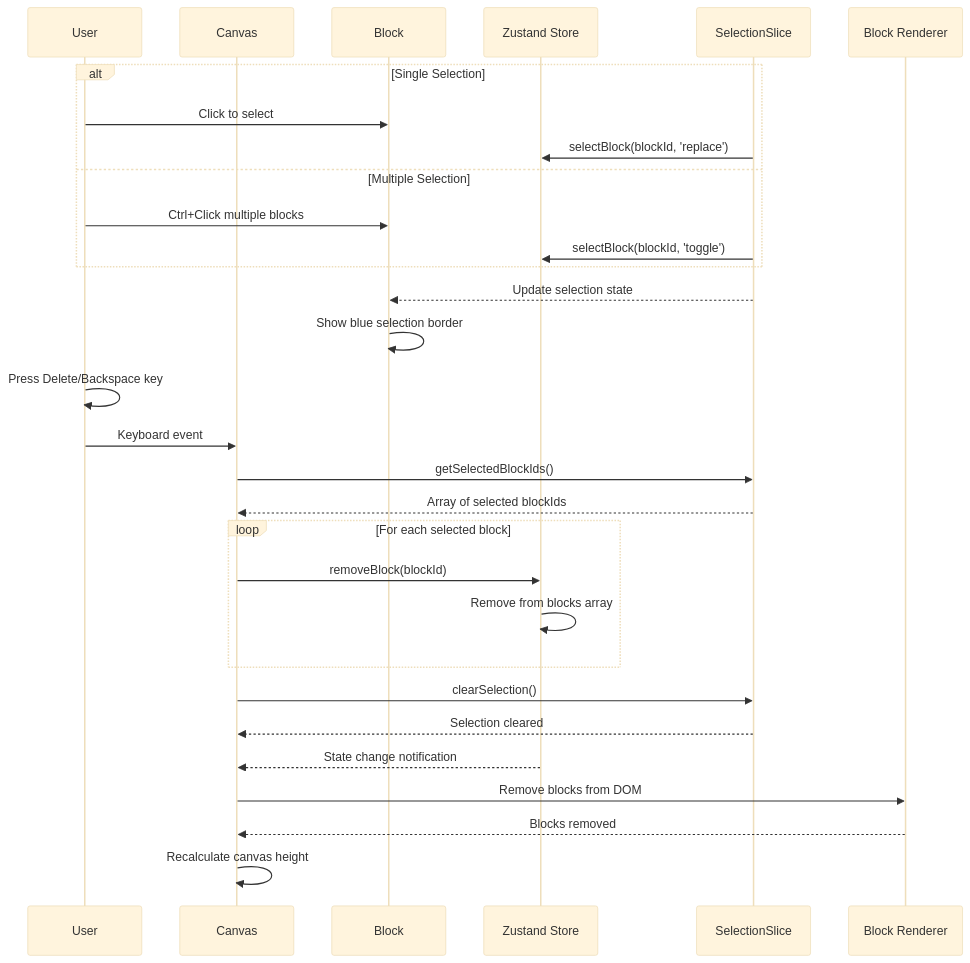
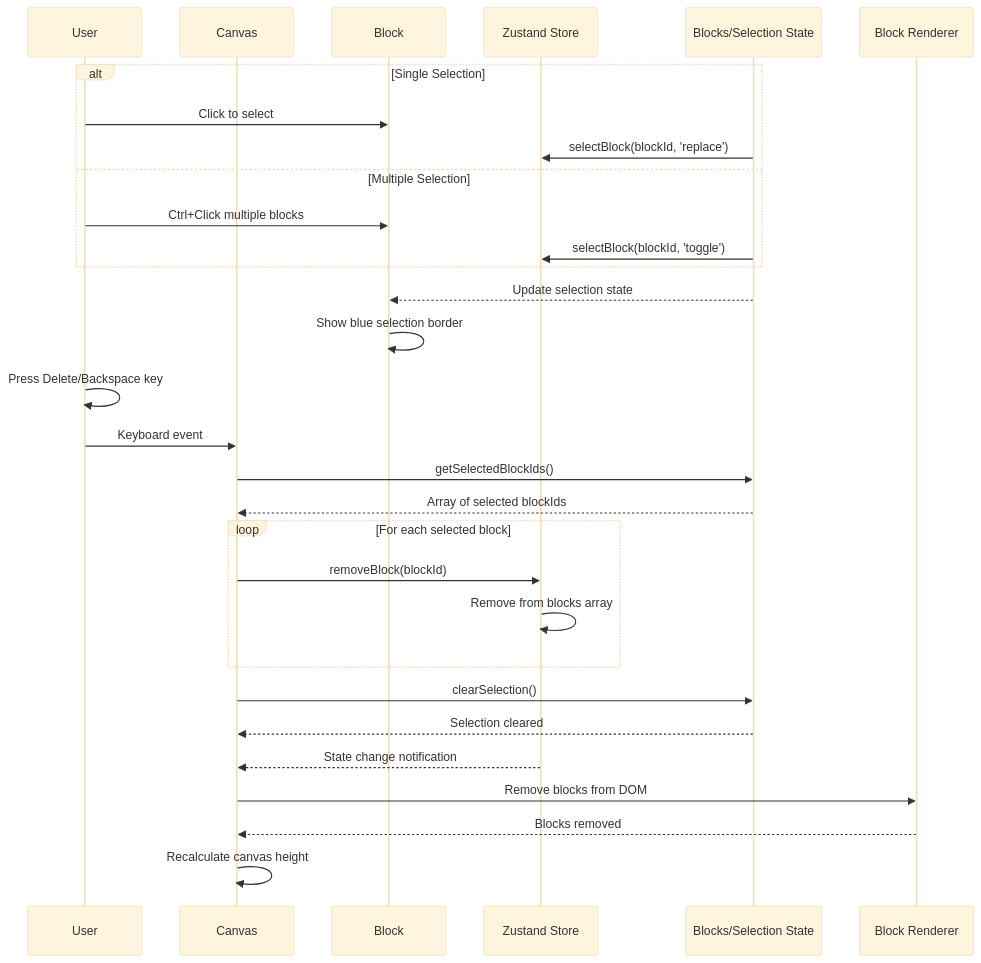
Before and after one commit to litkeys/DraftCN: the third of 9 diagrams in docs/architecture/core-workflows.md, drawn with Mermaid (base theme). The commit also changed other lines of this file and 17 other files, not shown here.

First line of the commit message:
Fixed block selection persisting when search bar is selected, architectural realignment removing redundant selection slice

````diff
--- a/docs/architecture/core-workflows.md
+++ b/docs/architecture/core-workflows.md
@@ -85,37 +85,37 @@
 ```mermaid
 sequenceDiagram
     participant User
     participant Canvas
     participant Block
     participant Store as Zustand Store
-    participant SelectMgr as SelectionSlice
+    participant BlocksSlice as Blocks/Selection State
     participant Renderer as Block Renderer
 
     alt Single Selection
         User->>Block: Click to select
-        SelectMgr->>Store: selectBlock(blockId, 'replace')
+        BlocksSlice->>Store: selectBlock(blockId, 'replace')
     else Multiple Selection
         User->>Block: Ctrl+Click multiple blocks
-        SelectMgr->>Store: selectBlock(blockId, 'toggle')
+        BlocksSlice->>Store: selectBlock(blockId, 'toggle')
     end
 
-    SelectMgr-->>Block: Update selection state
+    BlocksSlice-->>Block: Update selection state
     Block->>Block: Show blue selection border
 
     User->>User: Press Delete/Backspace key
     User->>Canvas: Keyboard event
-    Canvas->>SelectMgr: getSelectedBlockIds()
-    SelectMgr-->>Canvas: Array of selected blockIds
+    Canvas->>BlocksSlice: getSelectedBlockIds()
+    BlocksSlice-->>Canvas: Array of selected blockIds
 
     loop For each selected block
         Canvas->>Store: removeBlock(blockId)
         Store->>Store: Remove from blocks array
     end
 
-    Canvas->>SelectMgr: clearSelection()
-    SelectMgr-->>Canvas: Selection cleared
+    Canvas->>BlocksSlice: clearSelection()
+    BlocksSlice-->>Canvas: Selection cleared
     Store-->>Canvas: State change notification
     Canvas->>Renderer: Remove blocks from DOM
     Renderer-->>Canvas: Blocks removed
     Canvas->>Canvas: Recalculate canvas height
 ```
````
